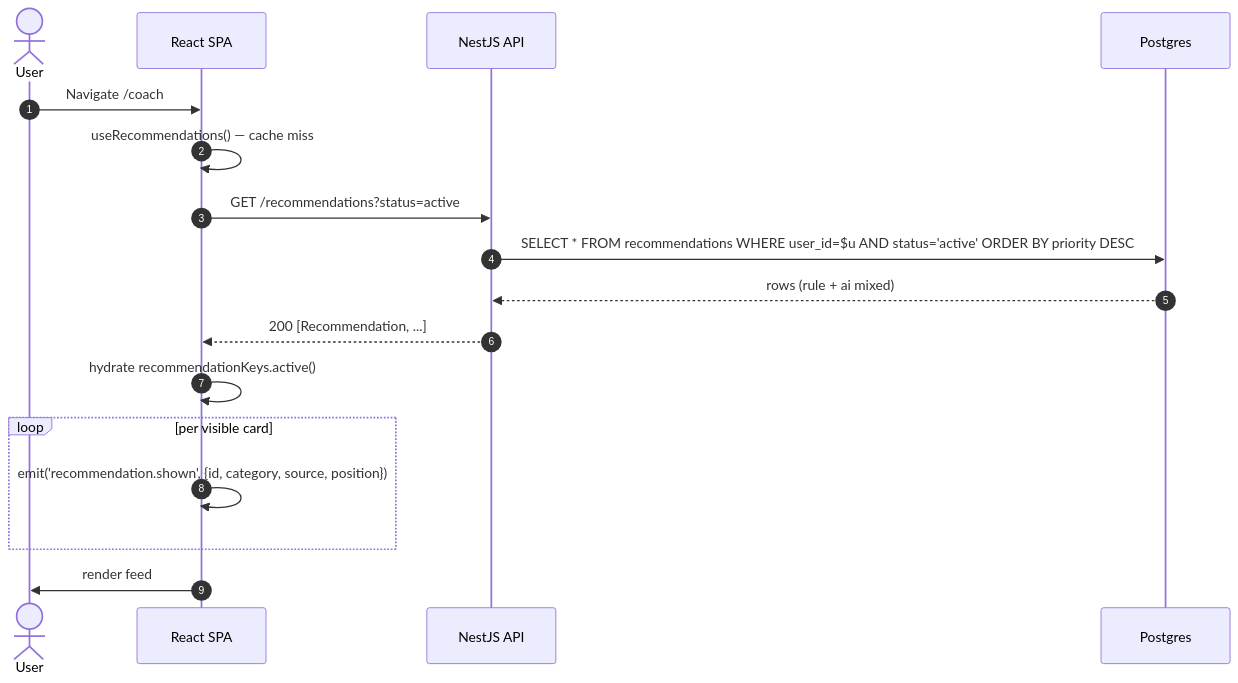
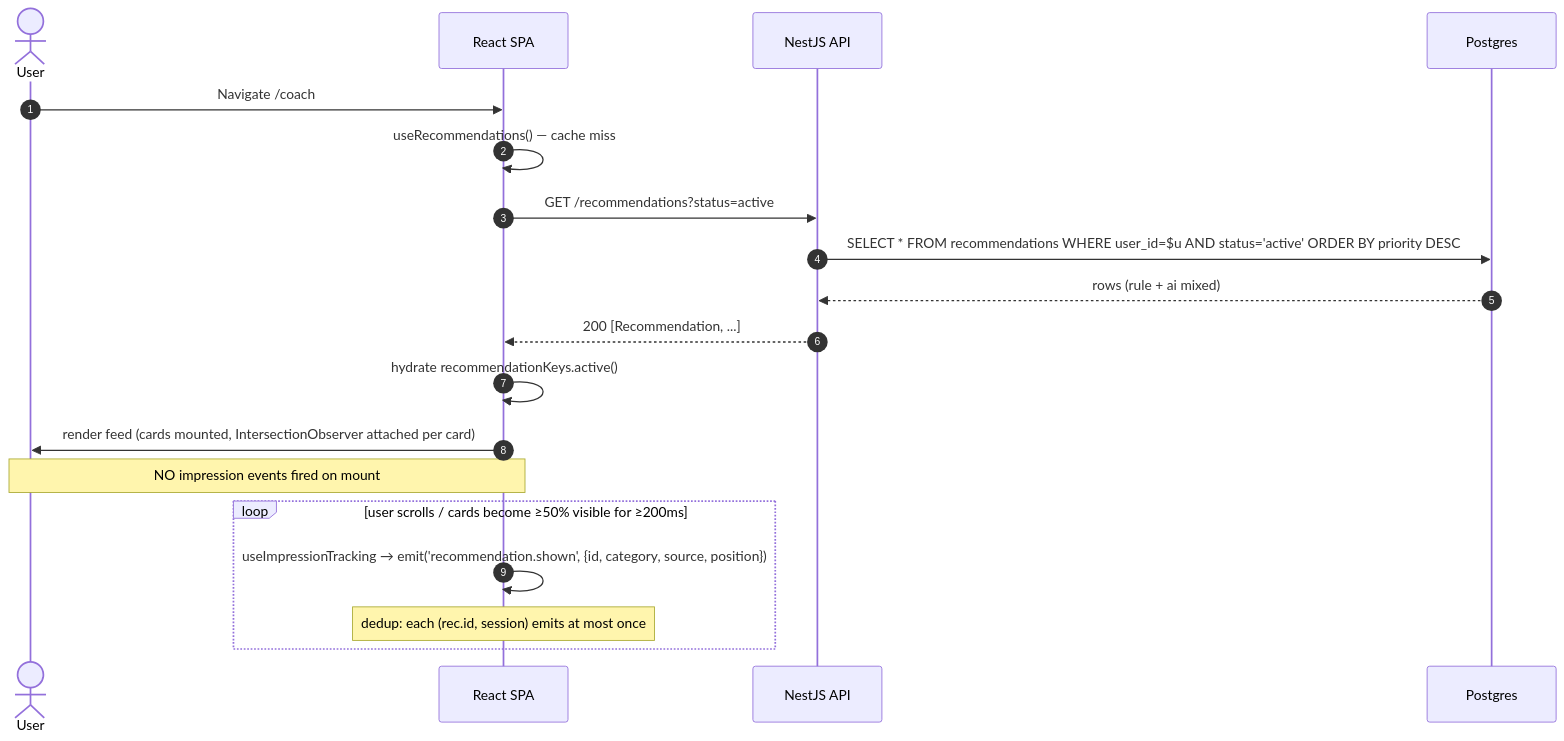
The first of 4 diagrams in frontend/docs/wp6-7-plan.md (AlpNuhoglu/habitlab-ai), drawn with Mermaid before and after one commit. The commit also changed other lines of this file and 31 other files, not shown here.

````diff
--- a/frontend/docs/wp6-7-plan.md
+++ b/frontend/docs/wp6-7-plan.md
@@ -335,20 +402,22 @@
 ```mermaid
 sequenceDiagram
   autonumber
   actor U as User
   participant FE as React SPA
   participant API as NestJS API
   participant DB as Postgres
 
   U->>FE: Navigate /coach
   FE->>FE: useRecommendations() — cache miss
   FE->>API: GET /recommendations?status=active
   API->>DB: SELECT * FROM recommendations WHERE user_id=$u AND status='active' ORDER BY priority DESC
   DB-->>API: rows (rule + ai mixed)
   API-->>FE: 200 [Recommendation, ...]
   FE->>FE: hydrate recommendationKeys.active()
-  loop per visible card
-    FE->>FE: emit('recommendation.shown', {id, category, source, position})
+  FE->>U: render feed (cards mounted, IntersectionObserver attached per card)
+  Note over FE,U: NO impression events fired on mount
+  loop user scrolls / cards become ≥50% visible for ≥200ms
+    FE->>FE: useImpressionTracking → emit('recommendation.shown', {id, category, source, position})
+    Note over FE: dedup: each (rec.id, session) emits at most once
   end
-  FE->>U: render feed
 ```
````
